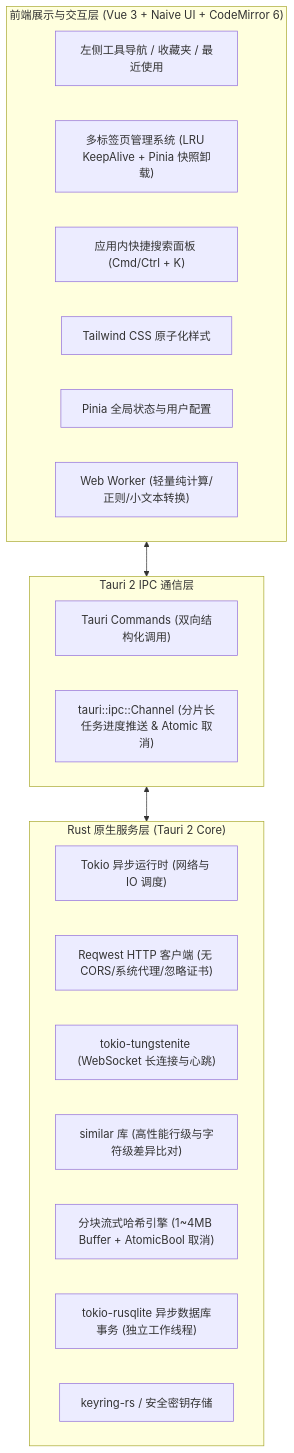
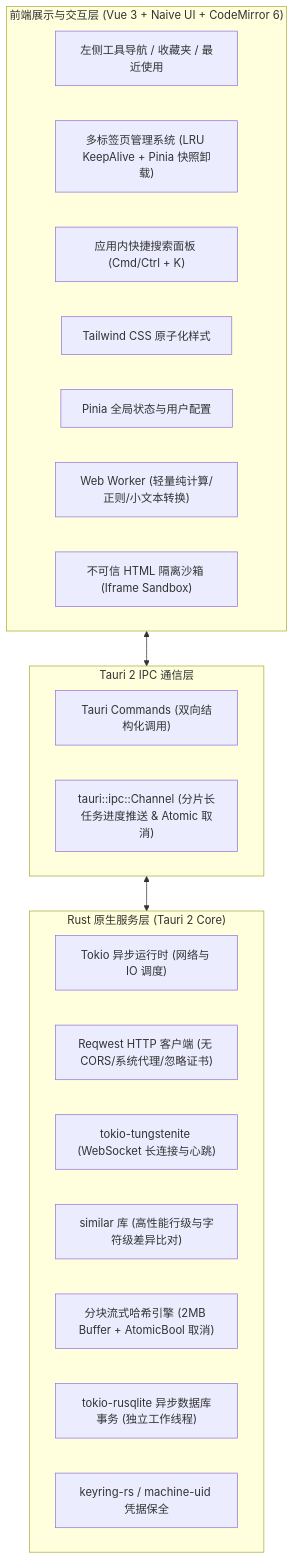
One commit to nice-buddy/devUtils changed the first of 2 diagrams in docs/superpowers/specs/2026-09-22-developer-toolbox-design.md. Above: the diagram before and after it, drawn with Mermaid. The commit also changed other lines of this file, not shown here.

Commit message:
docs: release v1.2.1 final frozen spec with security sandbox, db triggers, and quantified metrics

````diff
--- a/docs/superpowers/specs/2026-09-22-developer-toolbox-design.md
+++ b/docs/superpowers/specs/2026-09-22-developer-toolbox-design.md
@@ -40,29 +41,30 @@
 ```mermaid
 flowchart TD
     subgraph Frontend["前端展示与交互层 (Vue 3 + Naive UI + CodeMirror 6)"]
         Sidebar["左侧工具导航 / 收藏夹 / 最近使用"]
         TabManager["多标签页管理系统 (LRU KeepAlive + Pinia 快照卸载)"]
         CmdK["应用内快捷搜索面板 (Cmd/Ctrl + K)"]
         Tailwind["Tailwind CSS 原子化样式"]
         PiniaStore["Pinia 全局状态与用户配置"]
         WebWorker["Web Worker (轻量纯计算/正则/小文本转换)"]
+        SandboxFrame["不可信 HTML 隔离沙箱 (Iframe Sandbox)"]
     end
 
     subgraph TauriIPC["Tauri 2 IPC 通信层"]
         InvokeCmd["Tauri Commands (双向结构化调用)"]
         EventStream["tauri::ipc::Channel (分片长任务进度推送 & Atomic 取消)"]
     end
 
     subgraph RustBackend["Rust 原生服务层 (Tauri 2 Core)"]
         TokioTasks["Tokio 异步运行时 (网络与 IO 调度)"]
         ReqwestClient["Reqwest HTTP 客户端 (无 CORS/系统代理/忽略证书)"]
         WSEngine["tokio-tungstenite (WebSocket 长连接与心跳)"]
         DiffEngine["similar 库 (高性能行级与字符级差异比对)"]
-        HashEngine["分块流式哈希引擎 (1~4MB Buffer + AtomicBool 取消)"]
+        HashEngine["分块流式哈希引擎 (2MB Buffer + AtomicBool 取消)"]
         DB["tokio-rusqlite 异步数据库事务 (独立工作线程)"]
-        Keyring["keyring-rs / 安全密钥存储"]
+        Keyring["keyring-rs / machine-uid 凭据保全"]
     end
 
     Frontend <--> TauriIPC
     TauriIPC <--> RustBackend
 ```
````
